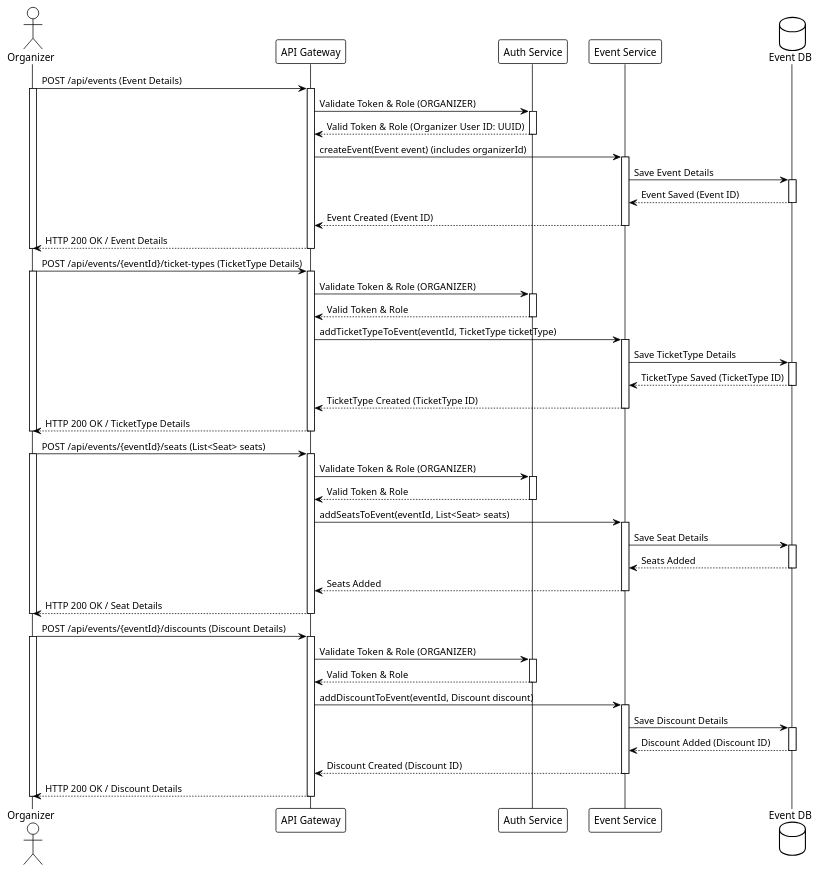
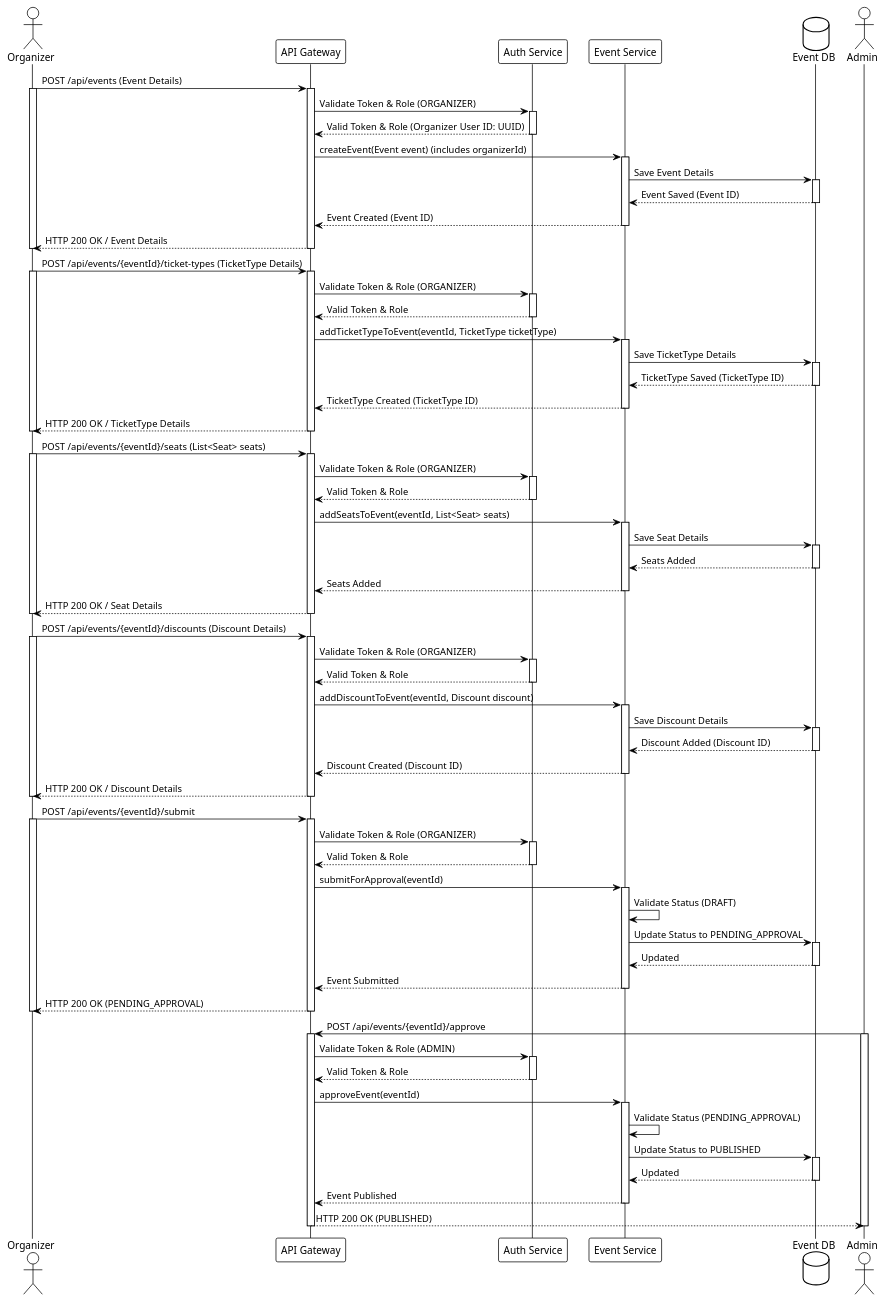
The diagram in diagrams/sequence_event_creation.puml (siro332/ticket-store-backend), drawn with PlantUML before and after one commit. The commit also changed 5 other files, not shown here.

```diff
--- a/diagrams/sequence_event_creation.puml
+++ b/diagrams/sequence_event_creation.puml
@@ -1,92 +1,135 @@
 @startuml
 !theme plain
 actor Organizer
 participant "API Gateway" as Gateway
 participant "Auth Service" as Auth
 participant "Event Service" as Event
 database "Event DB" as EventDB
 
 ' --- Organizer registers and creates organization (pre-requisite for event creation) ---
 ' Not explicitly in this sequence, but implicitly part of Organizer setup
 
 ' --- Event Creation ---
 Organizer -> Gateway : POST /api/events (Event Details)
 activate Organizer
 activate Gateway
 Gateway -> Auth : Validate Token & Role (ORGANIZER)
 activate Auth
 Auth --> Gateway : Valid Token & Role (Organizer User ID: UUID)
 deactivate Auth
 Gateway -> Event : createEvent(Event event) (includes organizerId)
 activate Event
 Event -> EventDB : Save Event Details
 activate EventDB
 EventDB --> Event : Event Saved (Event ID)
 deactivate EventDB
 Event --> Gateway : Event Created (Event ID)
 deactivate Event
 Gateway --> Organizer : HTTP 200 OK / Event Details
 deactivate Gateway
 deactivate Organizer
 
 ' --- Add Ticket Types ---
 Organizer -> Gateway : POST /api/events/{eventId}/ticket-types (TicketType Details)
 activate Organizer
 activate Gateway
 Gateway -> Auth : Validate Token & Role (ORGANIZER)
 activate Auth
 Auth --> Gateway : Valid Token & Role
 deactivate Auth
 Gateway -> Event : addTicketTypeToEvent(eventId, TicketType ticketType)
 activate Event
 Event -> EventDB : Save TicketType Details
 activate EventDB
 EventDB --> Event : TicketType Saved (TicketType ID)
 deactivate EventDB
 Event --> Gateway : TicketType Created (TicketType ID)
 deactivate Event
 Gateway --> Organizer : HTTP 200 OK / TicketType Details
 deactivate Gateway
 deactivate Organizer
 
 ' --- Configure Seating ---
 Organizer -> Gateway : POST /api/events/{eventId}/seats (List<Seat> seats)
 activate Organizer
 activate Gateway
 Gateway -> Auth : Validate Token & Role (ORGANIZER)
 activate Auth
 Auth --> Gateway : Valid Token & Role
 deactivate Auth
 Gateway -> Event : addSeatsToEvent(eventId, List<Seat> seats)
 activate Event
 Event -> EventDB : Save Seat Details
 activate EventDB
 EventDB --> Event : Seats Added
 deactivate EventDB
 Event --> Gateway : Seats Added
 deactivate Event
 Gateway --> Organizer : HTTP 200 OK / Seat Details
 deactivate Gateway
 deactivate Organizer
 
 ' --- Add Discount Codes ---
 Organizer -> Gateway : POST /api/events/{eventId}/discounts (Discount Details)
 activate Organizer
 activate Gateway
 Gateway -> Auth : Validate Token & Role (ORGANIZER)
 activate Auth
 Auth --> Gateway : Valid Token & Role
 deactivate Auth
 Gateway -> Event : addDiscountToEvent(eventId, Discount discount)
 activate Event
 Event -> EventDB : Save Discount Details
 activate EventDB
 EventDB --> Event : Discount Added (Discount ID)
 deactivate EventDB
 Event --> Gateway : Discount Created (Discount ID)
 deactivate Event
 Gateway --> Organizer : HTTP 200 OK / Discount Details
 deactivate Gateway
 deactivate Organizer
 
+' --- Submit for Approval ---
+Organizer -> Gateway : POST /api/events/{eventId}/submit
+activate Organizer
+activate Gateway
+Gateway -> Auth : Validate Token & Role (ORGANIZER)
+activate Auth
+Auth --> Gateway : Valid Token & Role
+deactivate Auth
+Gateway -> Event : submitForApproval(eventId)
+activate Event
+Event -> Event : Validate Status (DRAFT)
+Event -> EventDB : Update Status to PENDING_APPROVAL
+activate EventDB
+EventDB --> Event : Updated
+deactivate EventDB
+Event --> Gateway : Event Submitted
+deactivate Event
+Gateway --> Organizer : HTTP 200 OK (PENDING_APPROVAL)
+deactivate Gateway
+deactivate Organizer
+
+' --- Admin Approval ---
+actor Admin
+Admin -> Gateway : POST /api/events/{eventId}/approve
+activate Admin
+activate Gateway
+Gateway -> Auth : Validate Token & Role (ADMIN)
+activate Auth
+Auth --> Gateway : Valid Token & Role
+deactivate Auth
+Gateway -> Event : approveEvent(eventId)
+activate Event
+Event -> Event : Validate Status (PENDING_APPROVAL)
+Event -> EventDB : Update Status to PUBLISHED
+activate EventDB
+EventDB --> Event : Updated
+deactivate EventDB
+Event --> Gateway : Event Published
+deactivate Event
+Gateway --> Admin : HTTP 200 OK (PUBLISHED)
+deactivate Gateway
+deactivate Admin
+
 @enduml
```
